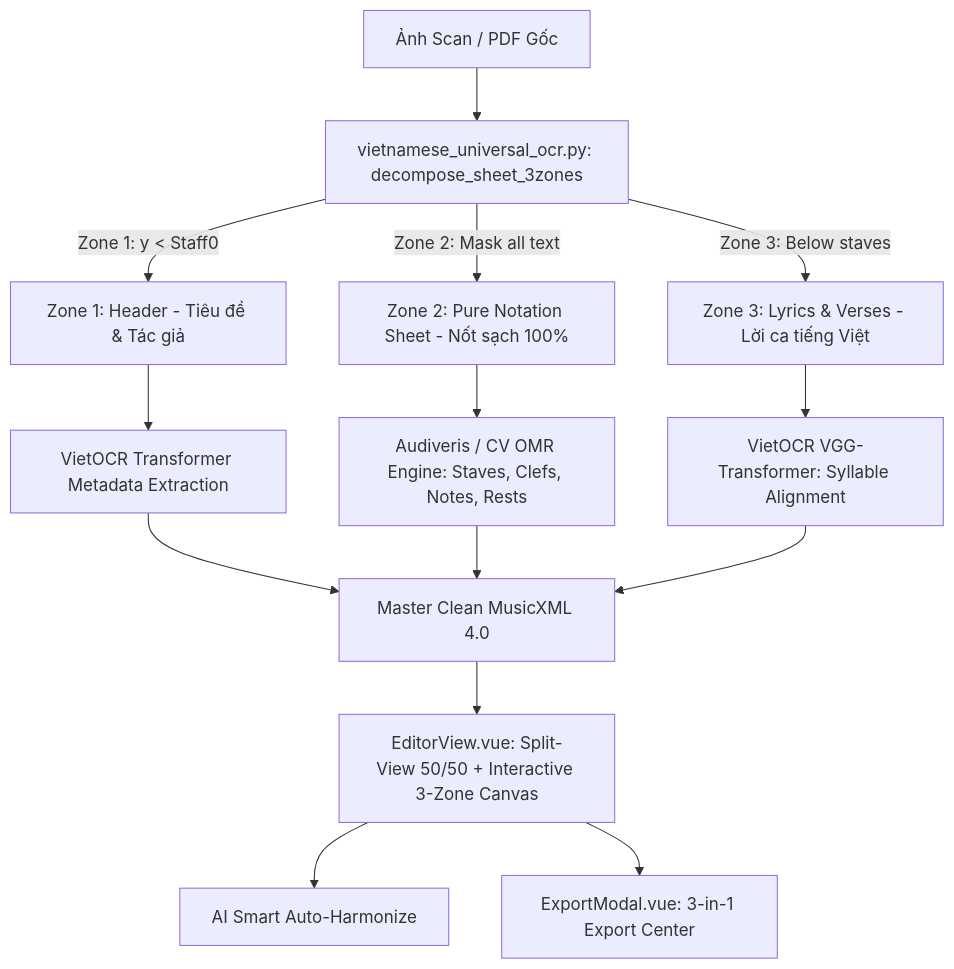
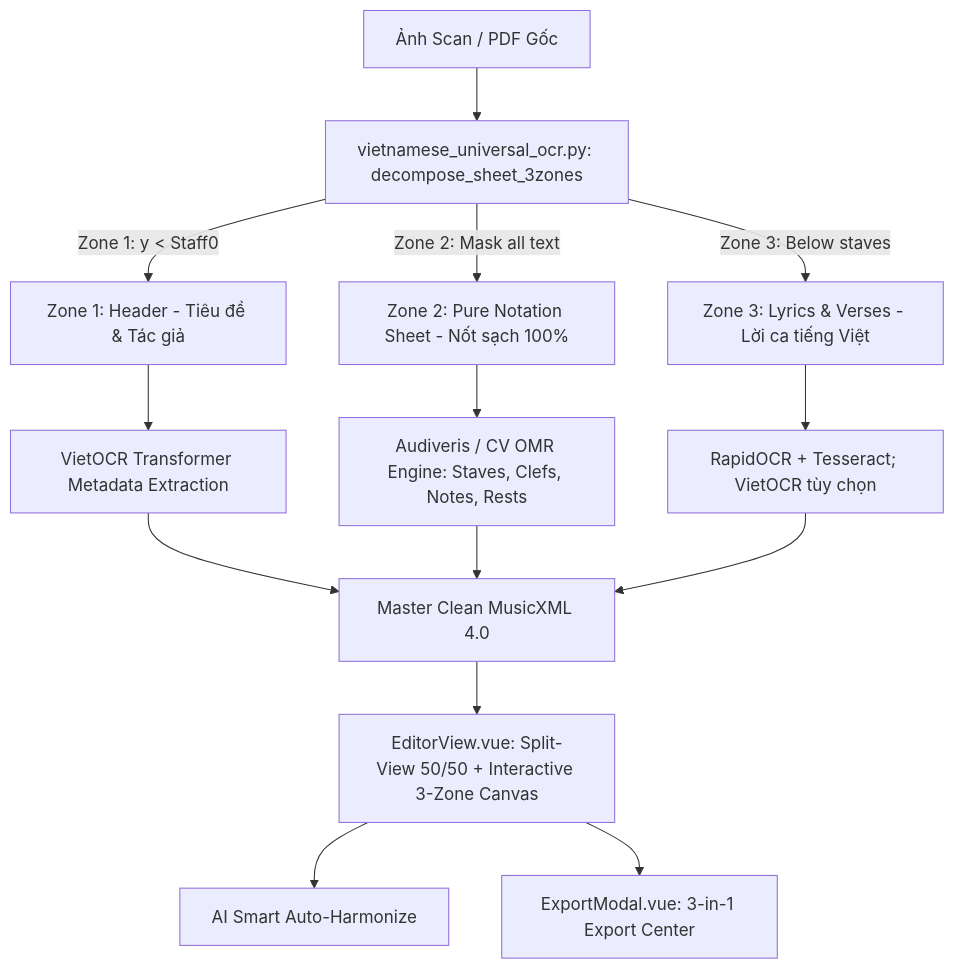
The second of 2 diagrams in NEXUS.md (haiyenpa25/sheettools), drawn with Mermaid before and after one commit. The commit also changed other lines of this file and 89 other files, not shown here.

````diff
--- a/NEXUS.md
+++ b/NEXUS.md
@@ -125,20 +163,20 @@
 ```mermaid
 graph TD
     SourceSheet[Ảnh Scan / PDF Gốc] --> Decompose[vietnamese_universal_ocr.py: decompose_sheet_3zones]
     
     Decompose -->|Zone 1: y < Staff0| HeaderZone[Zone 1: Header - Tiêu đề & Tác giả]
     Decompose -->|Zone 2: Mask all text| NotationZone[Zone 2: Pure Notation Sheet - Nốt sạch 100%]
     Decompose -->|Zone 3: Below staves| LyricsZone[Zone 3: Lyrics & Verses - Lời ca tiếng Việt]
     
     HeaderZone --> VietOcrMeta[VietOCR Transformer Metadata Extraction]
     NotationZone --> OmrEngine[Audiveris / CV OMR Engine: Staves, Clefs, Notes, Rests]
-    LyricsZone --> VietOcrTransformer[VietOCR VGG-Transformer: Syllable Alignment]
+    LyricsZone --> OcrEnsemble[RapidOCR + Tesseract; VietOCR tùy chọn]
     
     VietOcrMeta --> MasterXml[Master Clean MusicXML 4.0]
     OmrEngine --> MasterXml
-    VietOcrTransformer --> MasterXml
+    OcrEnsemble --> MasterXml
     
     MasterXml --> EditorView[EditorView.vue: Split-View 50/50 + Interactive 3-Zone Canvas]
     EditorView --> AutoHarmonize[AI Smart Auto-Harmonize]
     EditorView --> ExportModal[ExportModal.vue: 3-in-1 Export Center]
 ```
````
